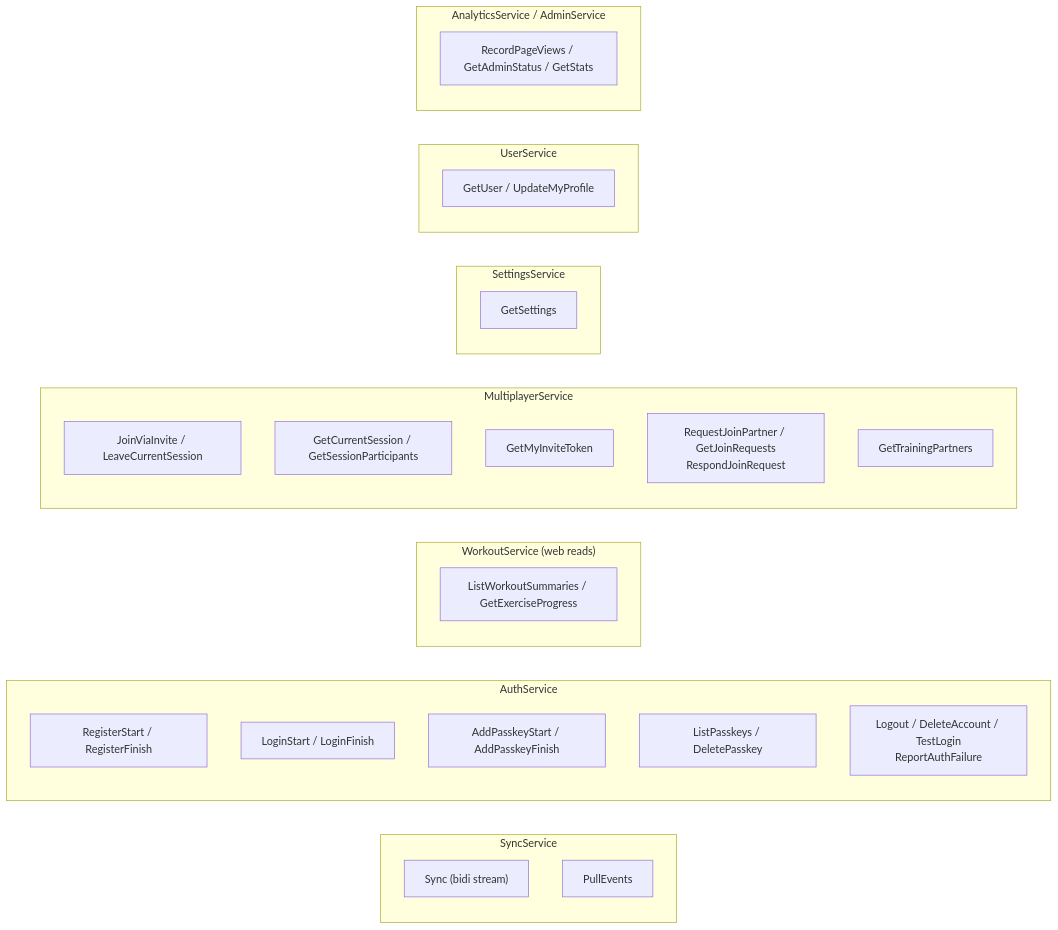
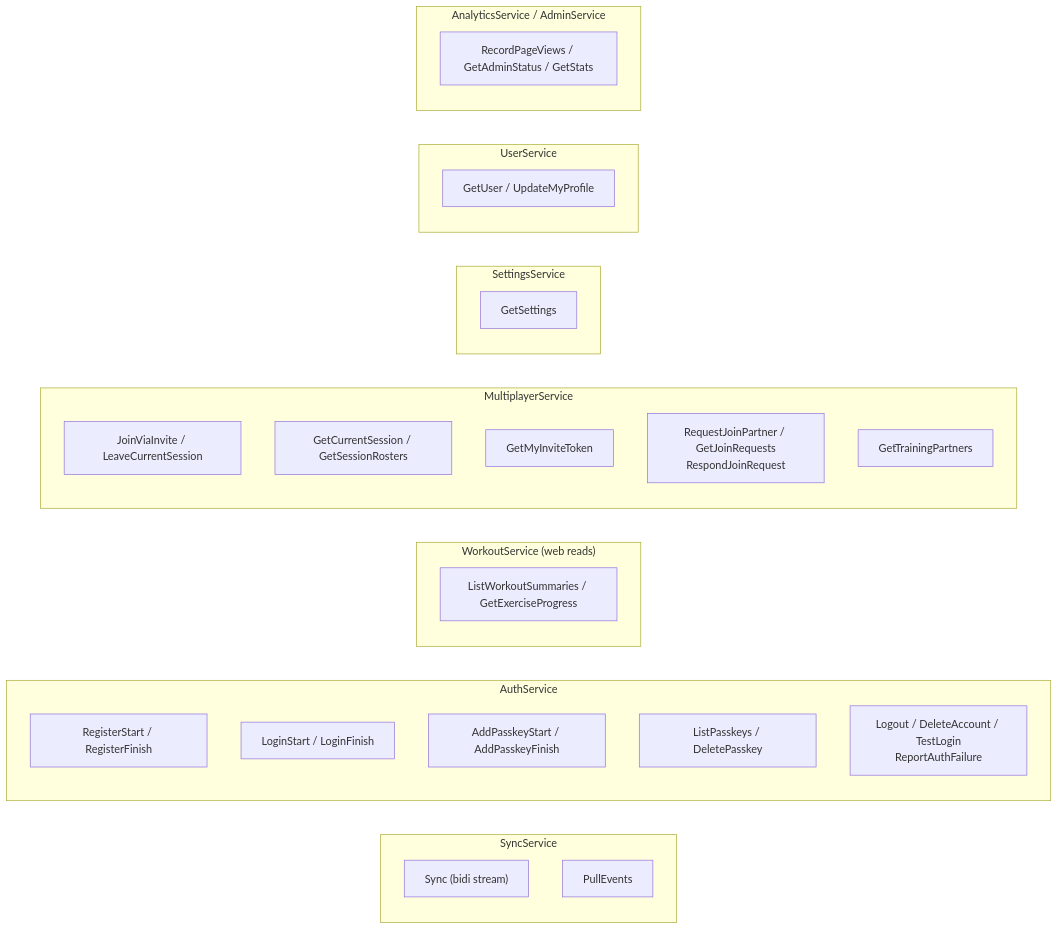
One commit to brensch/lift changed the third of 3 diagrams in docs/architecture/backend.md. Above: the diagram before and after it, drawn with Mermaid. The commit also changed other lines of this file and 77 other files, not shown here.

````diff
--- a/docs/architecture/backend.md
+++ b/docs/architecture/backend.md
@@ -153,33 +153,33 @@
 ```mermaid
 graph LR
     subgraph "SyncService"
         y1["Sync (bidi stream)"]
         y2["PullEvents"]
     end
     subgraph "AuthService"
         a1["RegisterStart / RegisterFinish"]
         a2["LoginStart / LoginFinish"]
         a3["AddPasskeyStart / AddPasskeyFinish"]
         a4["ListPasskeys / DeletePasskey"]
         a5["Logout / DeleteAccount / TestLogin<br/>ReportAuthFailure"]
     end
     subgraph "WorkoutService (web reads)"
         w1["ListWorkoutSummaries / GetExerciseProgress"]
     end
     subgraph "MultiplayerService"
         m1["JoinViaInvite / LeaveCurrentSession"]
-        m2["GetCurrentSession / GetSessionParticipants"]
+        m2["GetCurrentSession / GetSessionRosters"]
         m3["GetMyInviteToken"]
         m4["RequestJoinPartner / GetJoinRequests<br/>RespondJoinRequest"]
         m5["GetTrainingPartners"]
     end
     subgraph "SettingsService"
         s1["GetSettings"]
     end
     subgraph "UserService"
         u1["GetUser / UpdateMyProfile"]
     end
     subgraph "AnalyticsService / AdminService"
         x1["RecordPageViews / GetAdminStatus / GetStats"]
     end
 ```
````
